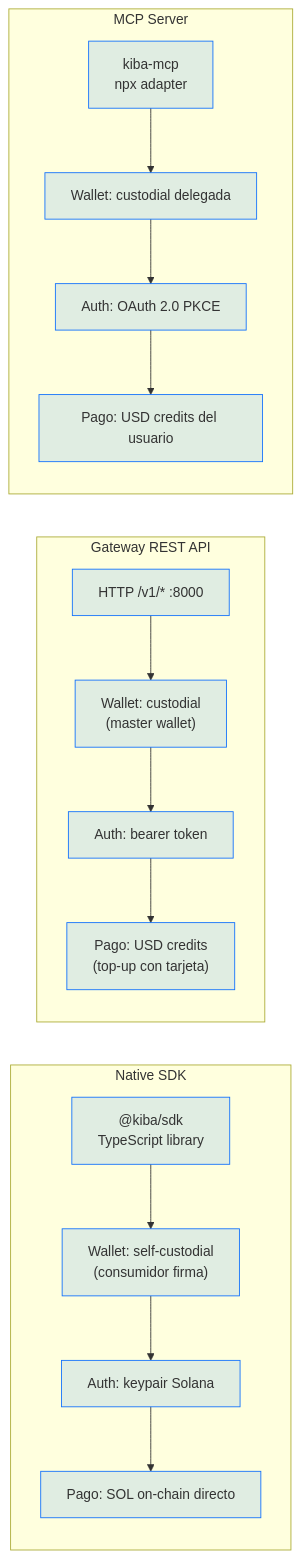
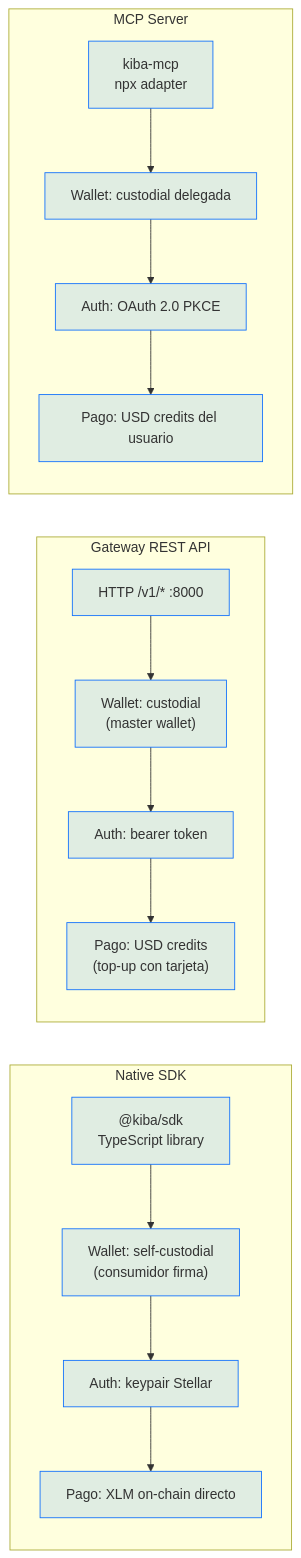
One commit to CoKeFish/kiba changed the second of 11 diagrams in docs/architecture.md. Above: the diagram before and after it, drawn with Mermaid. The commit also changed other lines of this file and 52 other files, not shown here.

First line of the commit message:
docs+assets: Stellar/Soroban README & architecture + kiba raster

````diff
--- a/docs/architecture.md
+++ b/docs/architecture.md
@@ -75,32 +75,32 @@
 ```mermaid
 flowchart LR
     subgraph chan1["Native SDK"]
         direction TB
         S1["@kiba/sdk<br/>TypeScript library"]
         S2["Wallet: self-custodial<br/>(consumidor firma)"]
-        S3["Auth: keypair Solana"]
-        S4["Pago: SOL on-chain directo"]
+        S3["Auth: keypair Stellar"]
+        S4["Pago: XLM on-chain directo"]
         S1 --> S2 --> S3 --> S4
     end
 
     subgraph chan2["Gateway REST API"]
         direction TB
         G1["HTTP /v1/* :8000"]
         G2["Wallet: custodial<br/>(master wallet)"]
         G3["Auth: bearer token"]
         G4["Pago: USD credits<br/>(top-up con tarjeta)"]
         G1 --> G2 --> G3 --> G4
     end
 
     subgraph chan3["MCP Server"]
         direction TB
         M1["kiba-mcp<br/>npx adapter"]
         M2["Wallet: custodial delegada"]
         M3["Auth: OAuth 2.0 PKCE"]
         M4["Pago: USD credits del usuario"]
         M1 --> M2 --> M3 --> M4
     end
 
     classDef chanStyle fill:#0d6efd20,stroke:#0d6efd
     class S1,S2,S3,S4,G1,G2,G3,G4,M1,M2,M3,M4 chanStyle
 ```
````
